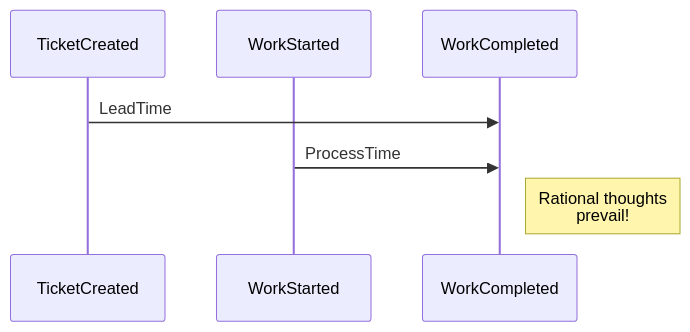
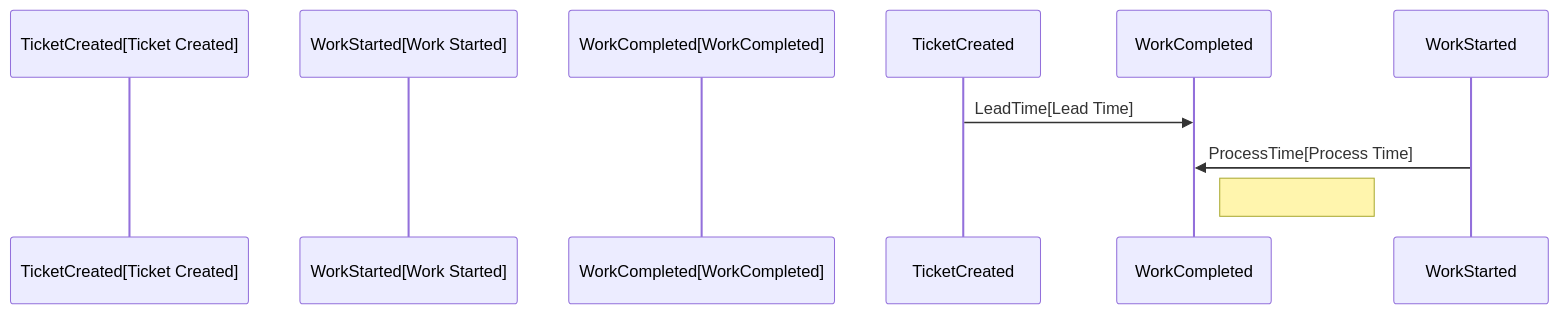
The second of 2 diagrams in books/the_devops_handbook.md (wayofthepie/notes), drawn with Mermaid before and after one commit.

Commit message:
Update titles

````diff
--- a/books/the_devops_handbook.md
+++ b/books/the_devops_handbook.md
@@ -20,10 +20,10 @@
 ```mermaid
 %%{init: { 'sequence': {'messageAlign': 'left'} }}%%
 sequenceDiagram
-    participant TicketCreated
-    participant WorkStarted
-    participant WorkCompleted
-    TicketCreated->>WorkCompleted: LeadTime
-    WorkStarted->>WorkCompleted: ProcessTime
-    Note right of WorkCompleted: Rational thoughts <br/>prevail!
+    participant TicketCreated[Ticket Created]
+    participant WorkStarted[Work Started]
+    participant WorkCompleted[WorkCompleted]
+    TicketCreated->>WorkCompleted: LeadTime[Lead Time]
+    WorkStarted->>WorkCompleted: ProcessTime[Process Time]
+    Note right of WorkCompleted:
 ```
````
